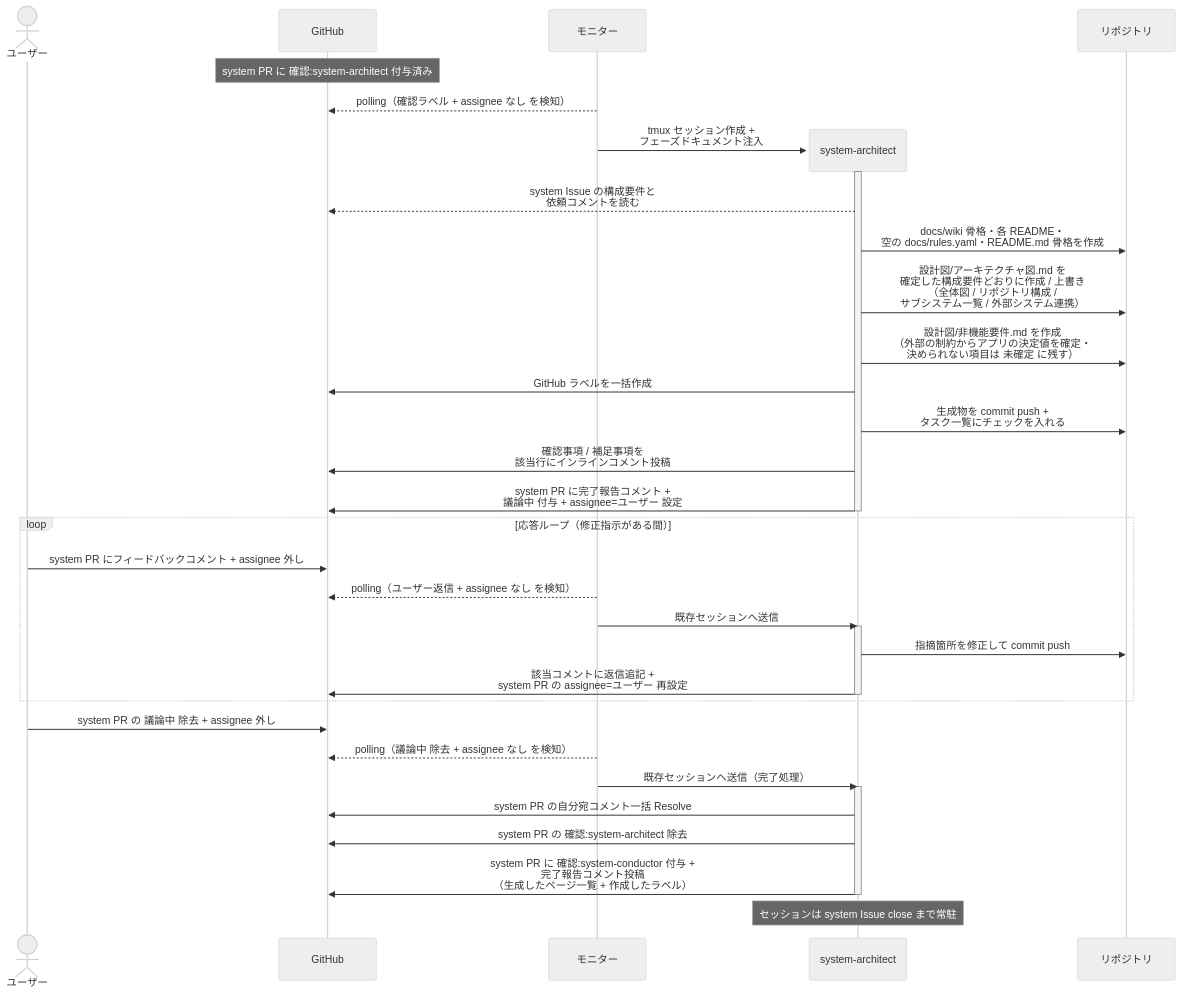
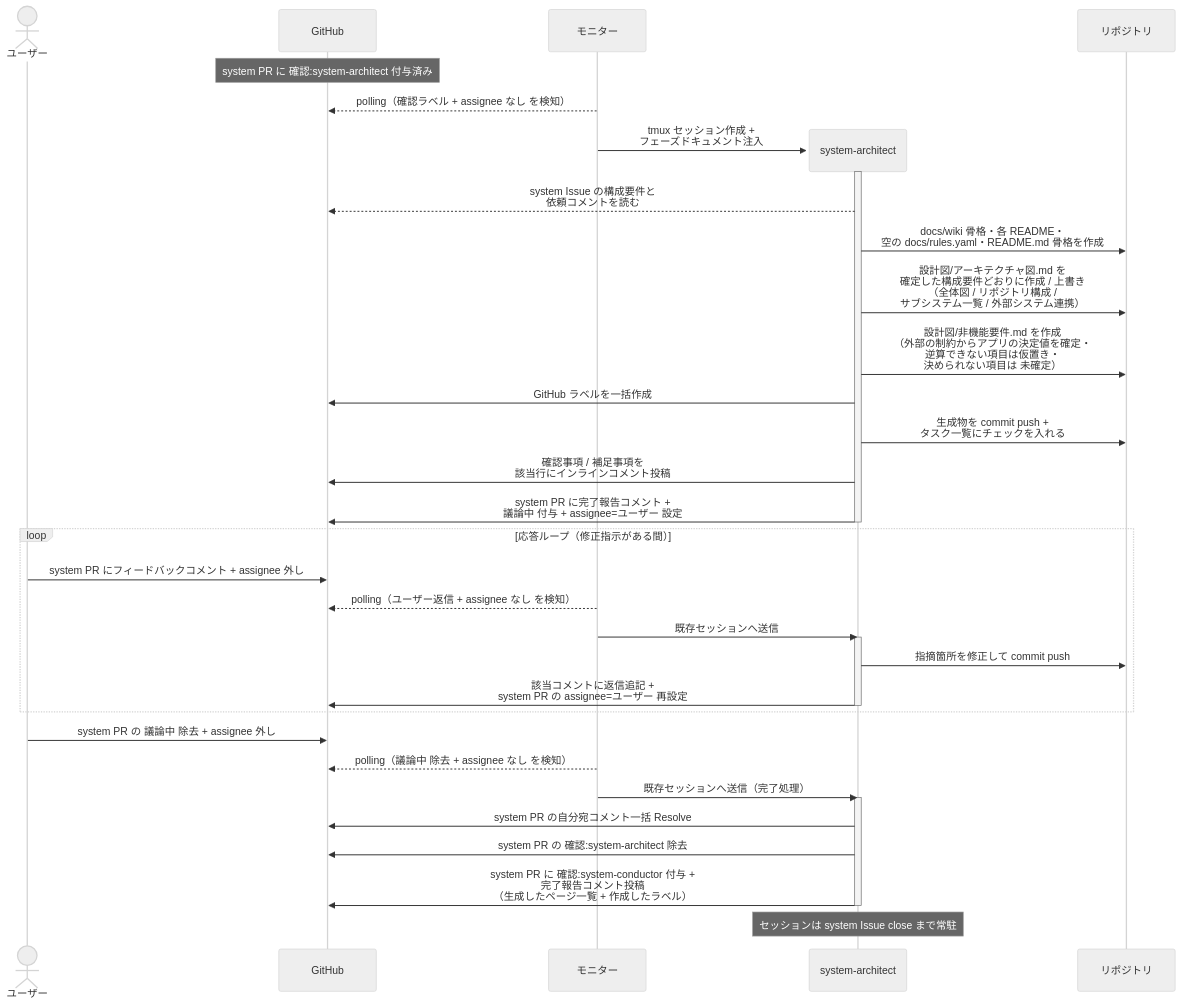
One commit to shuhei1101/ai-monitor changed the diagram in docs/wiki/設計図/シナリオ/単一ユースケース/システム土台生成.md. Above: the diagram before and after it, drawn with Mermaid (neutral theme). The commit also changed other lines of this file and 11 other files, not shown here.

````diff
--- a/docs/wiki/設計図/シナリオ/単一ユースケース/システム土台生成.md
+++ b/docs/wiki/設計図/シナリオ/単一ユースケース/システム土台生成.md
@@ -29,42 +29,42 @@
 ```mermaid
 sequenceDiagram
   actor U as ユーザー
   participant GH as GitHub
   participant ORC as モニター
 
   Note over GH: system PR に 確認:system-architect 付与済み
   ORC-->>GH: polling（確認ラベル + assignee なし を検知）
   create participant MON as system-architect
   ORC->>MON: tmux セッション作成 +<br>フェーズドキュメント注入
   activate MON
   participant REPO as リポジトリ
   MON-->>GH: system Issue の構成要件と<br>依頼コメントを読む
   MON->>REPO: docs/wiki 骨格・各 README・<br>空の docs/rules.yaml・README.md 骨格を作成
   MON->>REPO: 設計図/アーキテクチャ図.md を<br>確定した構成要件どおりに作成 / 上書き<br>（全体図 / リポジトリ構成 /<br>サブシステム一覧 / 外部システム連携）
-  MON->>REPO: 設計図/非機能要件.md を作成<br>（外部の制約からアプリの決定値を確定・<br>決められない項目は 未確定 に残す）
+  MON->>REPO: 設計図/非機能要件.md を作成<br>（外部の制約からアプリの決定値を確定・<br>逆算できない項目は仮置き・<br>決められない項目は 未確定）
   MON->>GH: GitHub ラベルを一括作成
   MON->>REPO: 生成物を commit push +<br>タスク一覧にチェックを入れる
   MON->>GH: 確認事項 / 補足事項を<br>該当行にインラインコメント投稿
   MON->>GH: system PR に完了報告コメント +<br>議論中 付与 + assignee=ユーザー 設定
   deactivate MON
 
   loop 応答ループ（修正指示がある間）
     U->>GH: system PR にフィードバックコメント + assignee 外し
     ORC-->>GH: polling（ユーザー返信 + assignee なし を検知）
     ORC->>MON: 既存セッションへ送信
     activate MON
     MON->>REPO: 指摘箇所を修正して commit push
     MON->>GH: 該当コメントに返信追記 +<br>system PR の assignee=ユーザー 再設定
     deactivate MON
   end
 
   U->>GH: system PR の 議論中 除去 + assignee 外し
   ORC-->>GH: polling（議論中 除去 + assignee なし を検知）
   ORC->>MON: 既存セッションへ送信（完了処理）
   activate MON
   MON->>GH: system PR の自分宛コメント一括 Resolve
   MON->>GH: system PR の 確認:system-architect 除去
   MON->>GH: system PR に 確認:system-conductor 付与 +<br>完了報告コメント投稿<br>（生成したページ一覧 + 作成したラベル）
   deactivate MON
   Note over MON: セッションは system Issue close まで常駐
 ```
````
